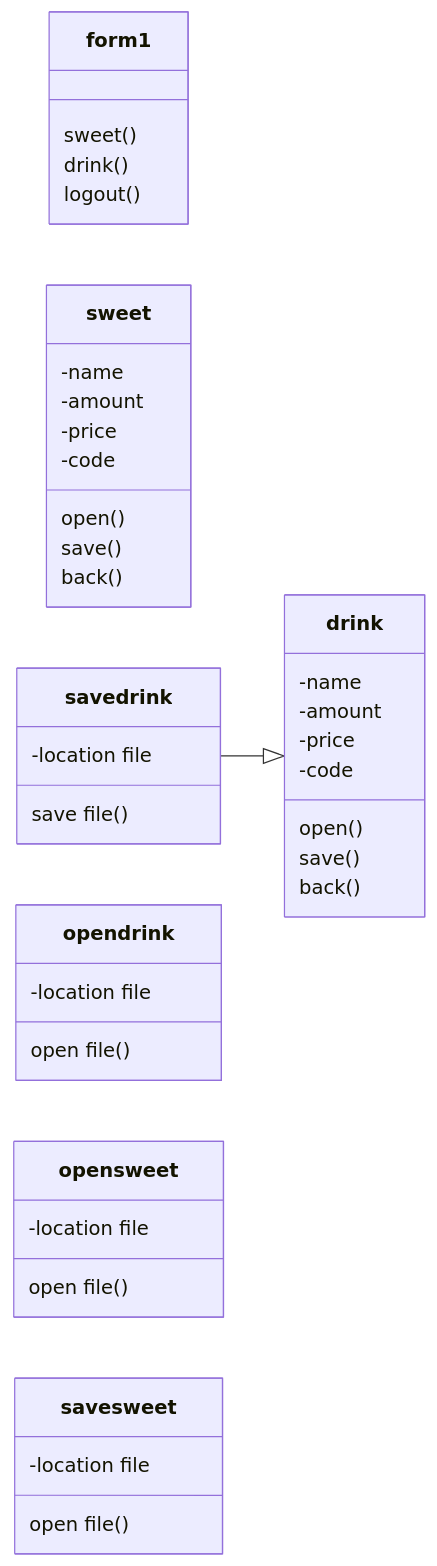
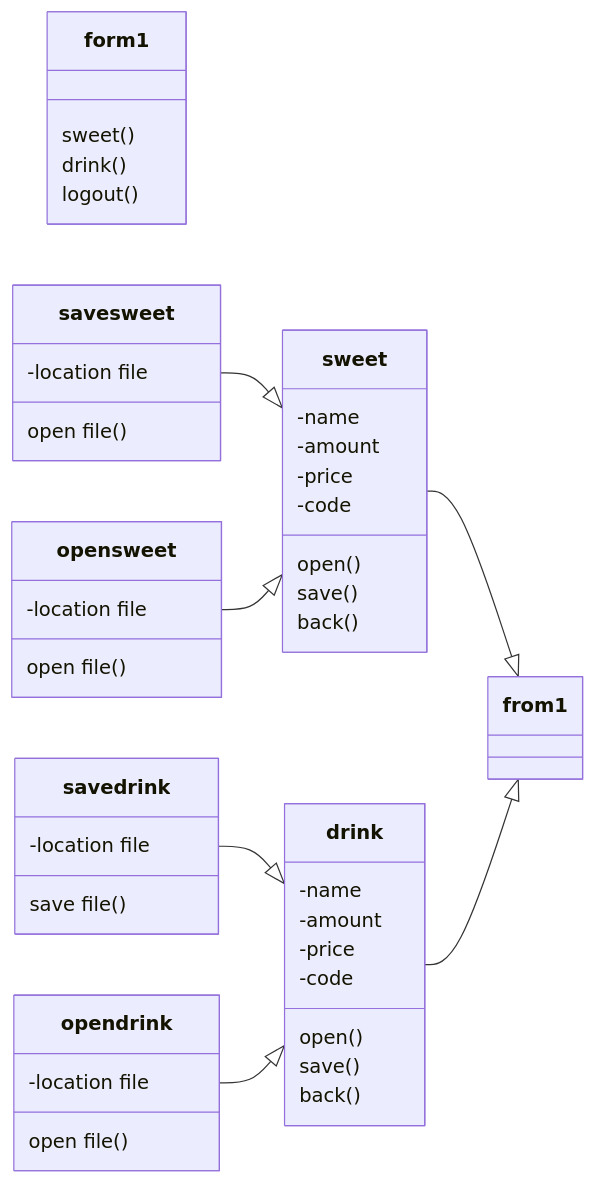
Before and after one commit to Syxsaran/Final643450086-6: the diagram in README.md, drawn with Mermaid.

````diff
--- a/README.md
+++ b/README.md
@@ -3,44 +3,51 @@
 ```mermaid
 classDiagram
   direction LR
   class form1{
   sweet()
   drink()
   logout()
   }
   class sweet{
   -name
   -amount
   -price
   -code
   open()
   save()
   back()
   }
   class drink{
   -name
   -amount
   -price
   -code
   open()
   save()
   back()
   }
   class savedrink{
   -location file
   save file()
   }
   class opendrink{
   -location file
   open file()
   }
   class opensweet{
   -location file
   open file()
   }
   class savesweet{
   -location file
   open file()
   }
   savedrink --|> drink
+  opendrink --|> drink
+  
+  savesweet --|> sweet
+  opensweet --|> sweet
+  
+  sweet --|> from1
+  drink --|>from1
 ```
````
